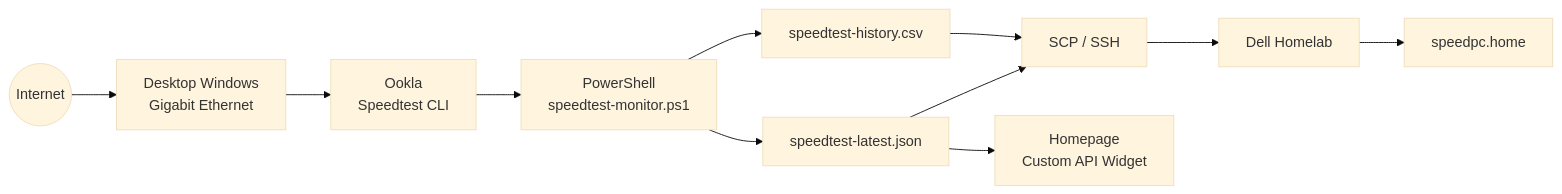
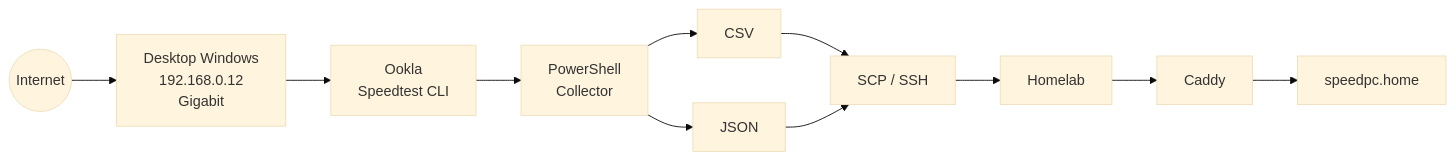
One commit to satrohoria/homelab-infra changed the seventh of 12 diagrams in docs/architecture.md. Above: the diagram before and after it, drawn with Mermaid (base theme). The commit also changed other lines of this file and 3 other files, not shown here.

Commit message:
Update homelab architecture and hardening docs

````diff
--- a/docs/architecture.md
+++ b/docs/architecture.md
@@ -178,40 +405,36 @@
 ```mermaid
 flowchart LR
 
     Internet((Internet))
 
-    Desktop["Desktop Windows<br/>Gigabit Ethernet"]
+    Desktop["Desktop Windows<br/>192.168.0.12<br/>Gigabit"]
 
     CLI["Ookla<br/>Speedtest CLI"]
 
-    PS["PowerShell<br/>speedtest-monitor.ps1"]
+    PS["PowerShell<br/>Collector"]
 
-    CSV["speedtest-history.csv"]
-
-    JSON["speedtest-latest.json"]
+    CSV["CSV"]
+    JSON["JSON"]
 
     SSH["SCP / SSH"]
 
-    Dell["Dell Homelab"]
+    Dell["Homelab"]
+
+    Caddy["Caddy"]
 
     Dashboard["speedpc.home"]
 
-    Homepage["Homepage<br/>Custom API Widget"]
-
     Internet --> Desktop
-
     Desktop --> CLI
     CLI --> PS
 
     PS --> CSV
     PS --> JSON
 
     CSV --> SSH
     JSON --> SSH
 
     SSH --> Dell
-
-    Dell --> Dashboard
-
-    JSON --> Homepage
+    Dell --> Caddy
+    Caddy --> Dashboard
 ```
````
